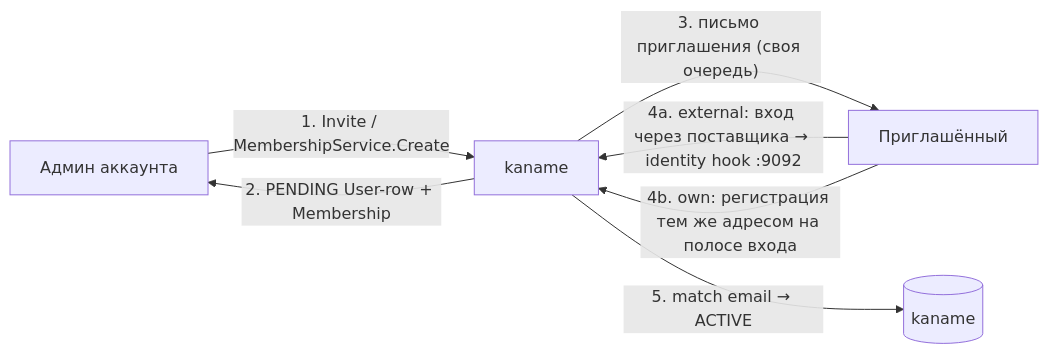
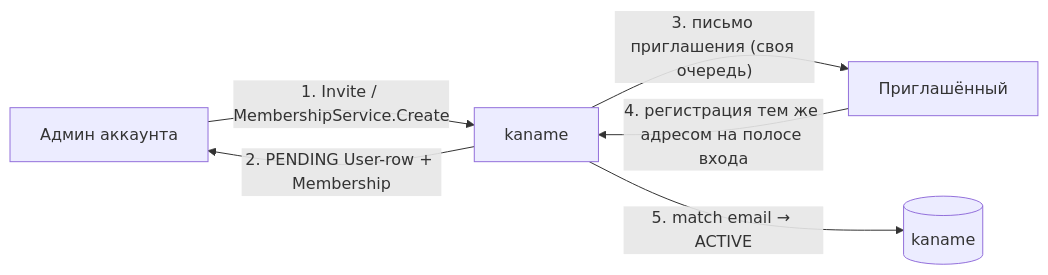
Before and after one commit to PRO-Robotech/kaname: the first of 2 diagrams in docs/content/architecture/identity.mdx, drawn with Mermaid. The commit also changed other lines of this file and 15 other files, not shown here.

````diff
--- a/docs/content/architecture/identity.mdx
+++ b/docs/content/architecture/identity.mdx
@@ -76,9 +72,8 @@
 ```mermaid
 flowchart LR
   admin["Админ аккаунта"] -->|"1. Invite / MembershipService.Create"| iam["kaname"]
   iam -->|"2. PENDING User-row + Membership"| admin
   iam -->|"3. письмо приглашения (своя очередь)"| user["Приглашённый"]
-  user -->|"4a. external: вход через поставщика → identity hook :9092"| iam
-  user -->|"4b. own: регистрация тем же адресом на полосе входа"| iam
+  user -->|"4. регистрация тем же адресом на полосе входа"| iam
   iam -->|"5. match email → ACTIVE"| pg[("kaname")]
 ```
````
